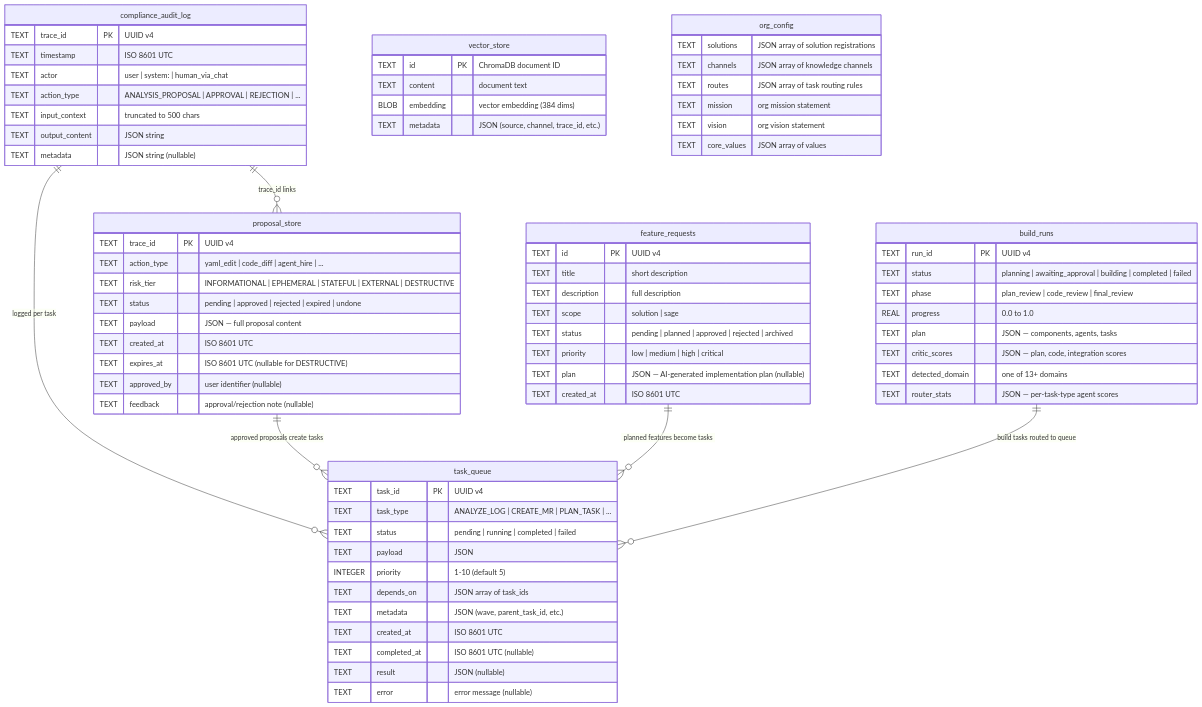
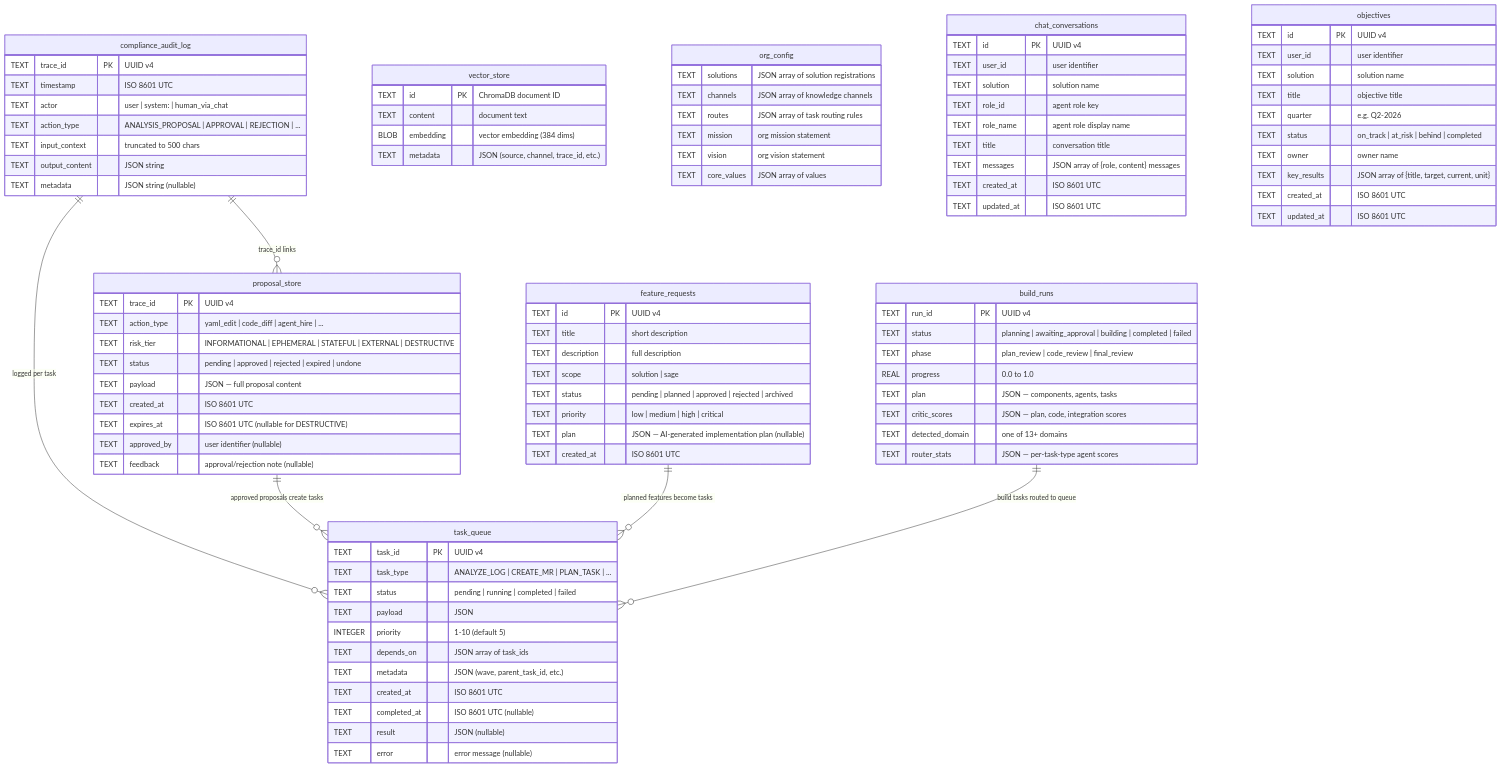
One commit to Sumanharapanahalli/SAGE changed the diagram in docs/erd.md. Above: the diagram before and after it, drawn with Mermaid. The commit also changed other lines of this file and 39 other files, not shown here.

```diff
--- a/docs/erd.md
+++ b/docs/erd.md
@@ -84,6 +84,31 @@
         TEXT    core_values      "JSON array of values"
     }
 
+    chat_conversations {
+        TEXT    id               PK "UUID v4"
+        TEXT    user_id          "user identifier"
+        TEXT    solution         "solution name"
+        TEXT    role_id          "agent role key"
+        TEXT    role_name        "agent role display name"
+        TEXT    title            "conversation title"
+        TEXT    messages         "JSON array of {role, content} messages"
+        TEXT    created_at       "ISO 8601 UTC"
+        TEXT    updated_at       "ISO 8601 UTC"
+    }
+
+    objectives {
+        TEXT    id               PK "UUID v4"
+        TEXT    user_id          "user identifier"
+        TEXT    solution         "solution name"
+        TEXT    title            "objective title"
+        TEXT    quarter          "e.g. Q2-2026"
+        TEXT    status           "on_track | at_risk | behind | completed"
+        TEXT    owner            "owner name"
+        TEXT    key_results      "JSON array of {title, target, current, unit}"
+        TEXT    created_at       "ISO 8601 UTC"
+        TEXT    updated_at       "ISO 8601 UTC"
+    }
+
     compliance_audit_log ||--o{ proposal_store   : "trace_id links"
     compliance_audit_log ||--o{ task_queue        : "logged per task"
     proposal_store       ||--o{ task_queue        : "approved proposals create tasks"
```
